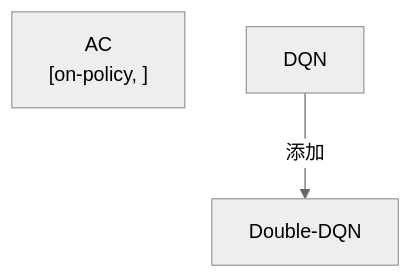
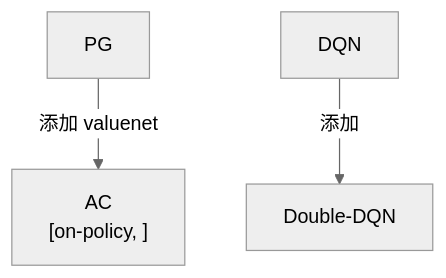
Before and after one commit to julyfun/how-to: the diagram in 技术学习/285/285-0.md, drawn with Mermaid (neutral theme). The commit also changed 1 other file, not shown here.

Commit message:
M 技术学习/285/285-0.md | M 技术学习/285/285-hw2.md

````diff
--- a/技术学习/285/285-0.md
+++ b/技术学习/285/285-0.md
@@ -11,5 +11,5 @@
 ```mermaid
 flowchart TD
-    AC["AC<br>[on-policy, ]"]
+    PG[PG] -->|添加 valuenet| AC["AC<br>[on-policy, ]"]
     DQN -->|添加| Double-DQN
 ```
````
